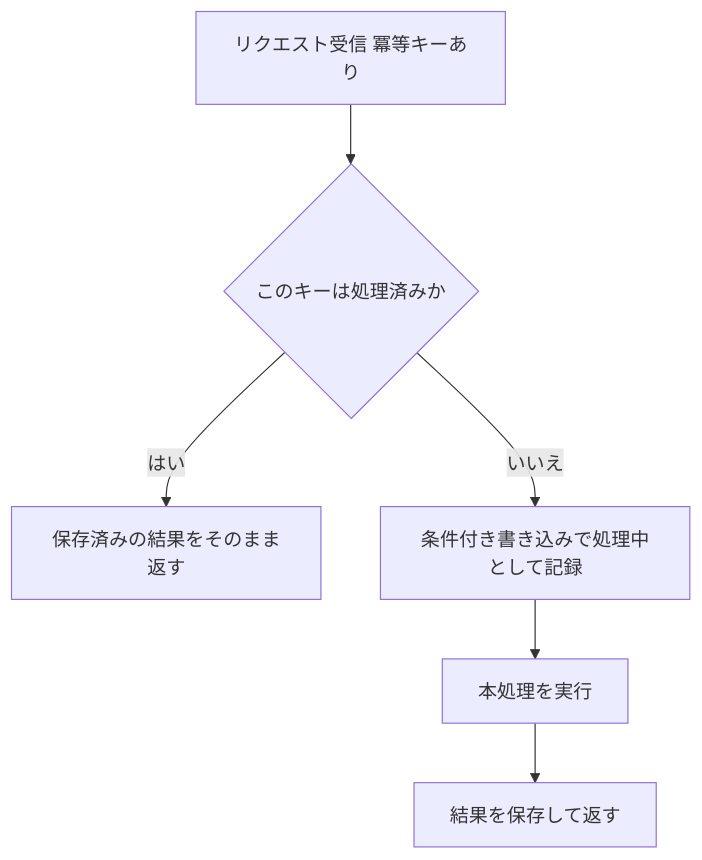
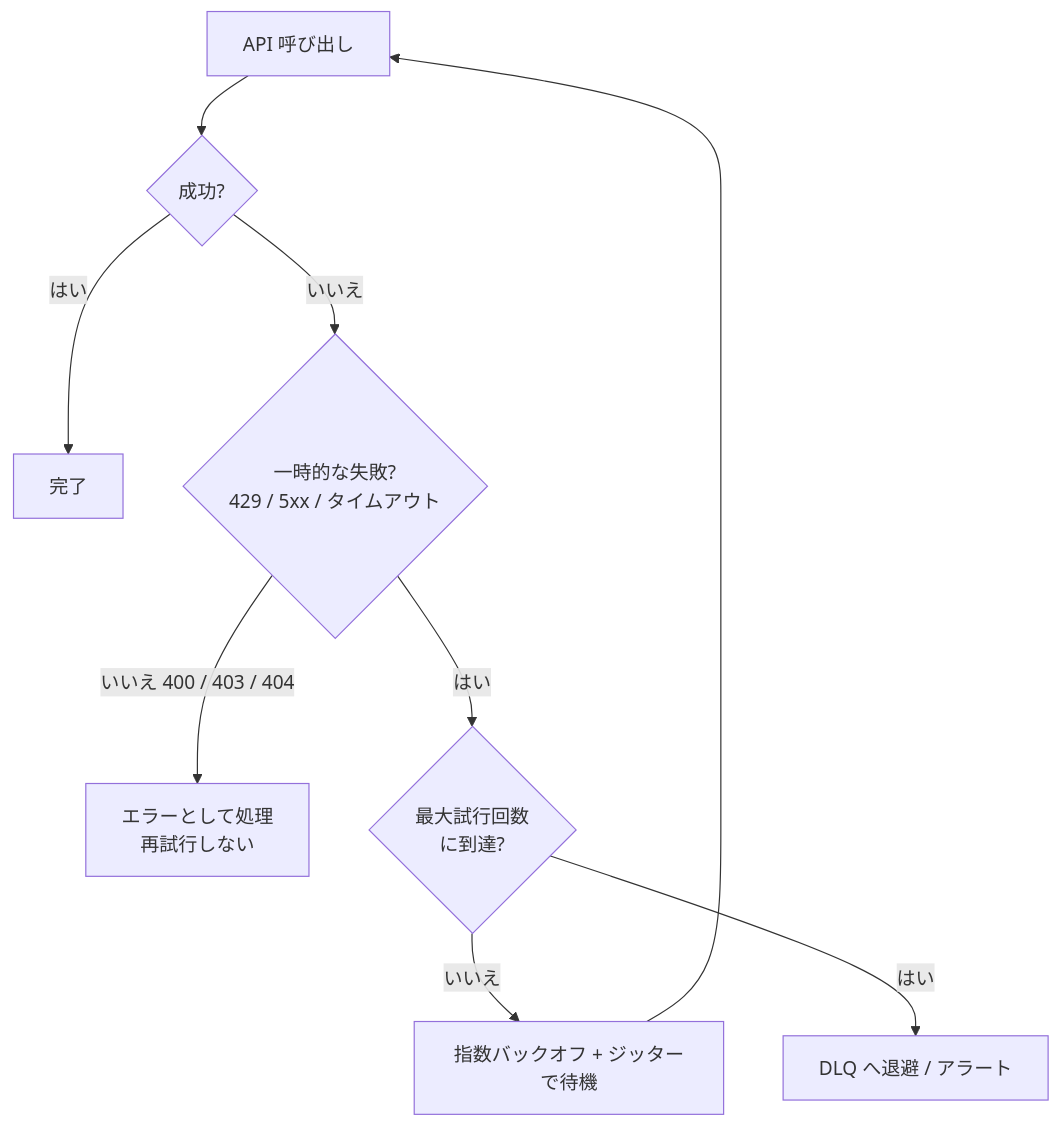
The seventh of 31 diagrams in Dva-c02-domain1-development-with-aws-services-guide.md (myoshi2891/Cloud-Infrastructure-and-Network-Studies), drawn with Mermaid before and after one commit. The commit also changed other lines of this file, not shown here.

````diff
--- a/Dva-c02-domain1-development-with-aws-services-guide.md
+++ b/Dva-c02-domain1-development-with-aws-services-guide.md
@@ -393,8 +394,11 @@
 ```mermaid
 flowchart TD
-    A["リクエスト受信 冪等キーあり"] --> B{"このキーは処理済みか"}
-    B -->|"はい"| C["保存済みの結果をそのまま返す"]
-    B -->|"いいえ"| D["条件付き書き込みで処理中として記録"]
-    D --> E["本処理を実行"]
-    E --> F["結果を保存して返す"]
+    A["API 呼び出し"] --> B{"成功?"}
+    B -->|"はい"| Z["完了"]
+    B -->|"いいえ"| C{"一時的な失敗?<br/>429 / 5xx / タイムアウト"}
+    C -->|"いいえ 400 / 403 / 404"| E["エラーとして処理<br/>再試行しない"]
+    C -->|"はい"| D{"最大試行回数<br/>に到達?"}
+    D -->|"いいえ"| W["指数バックオフ + ジッターで待機"]
+    W --> A
+    D -->|"はい"| F["DLQ へ退避 / アラート"]
 ```
````
